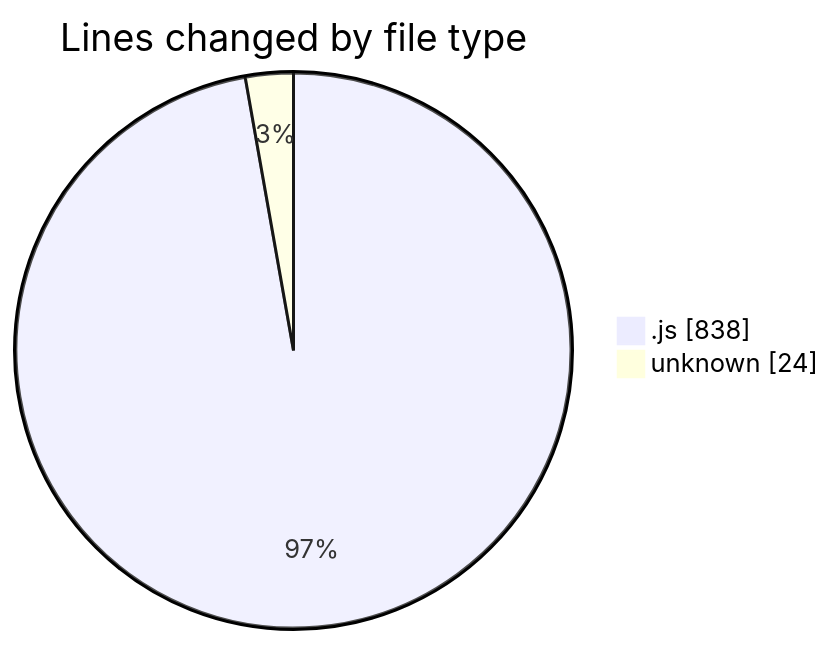
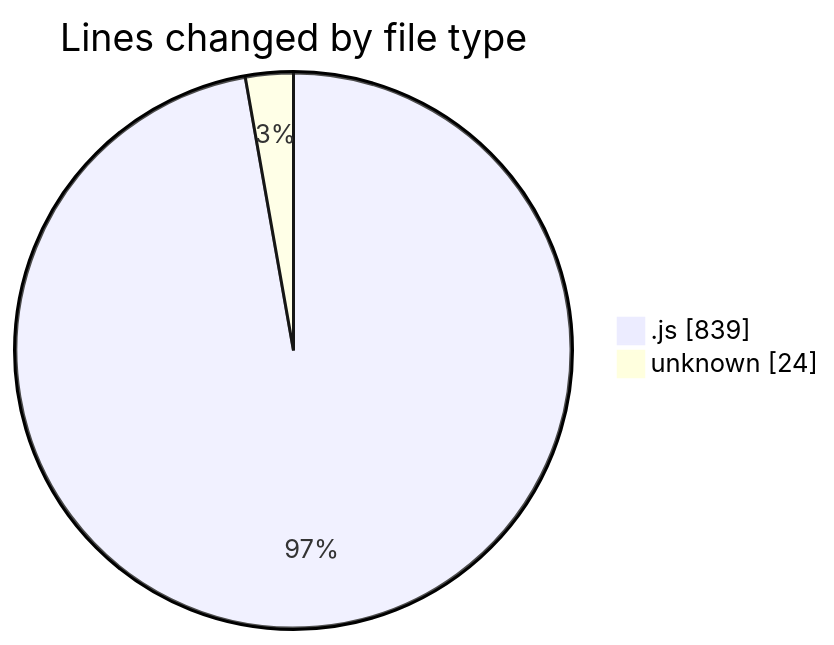
The first of 2 diagrams in 2025-02-03/cda/README.md (momahboobian/code-tracking), drawn with Mermaid before and after one commit. The commit also changed other lines of this file and 1 other file, not shown here.

````diff
--- a/2025-02-03/cda/README.md
+++ b/2025-02-03/cda/README.md
@@ -24,6 +24,6 @@
 ```mermaid
 pie showData
 title Lines changed by file type
-".js" : 838
+".js" : 839
 "unknown" : 24
 ```
````
